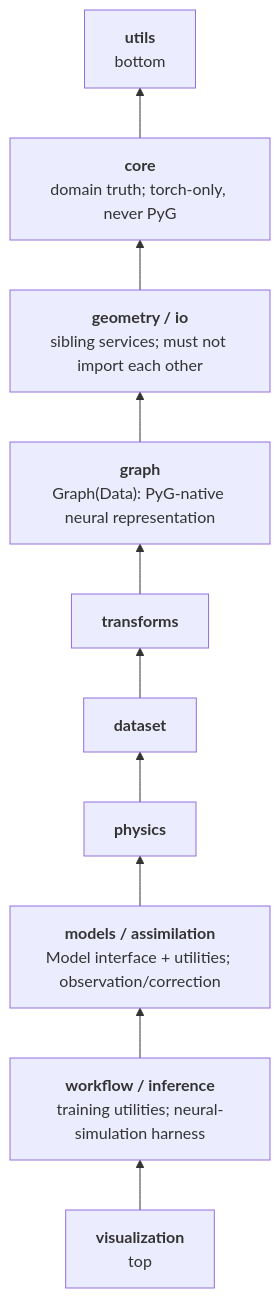
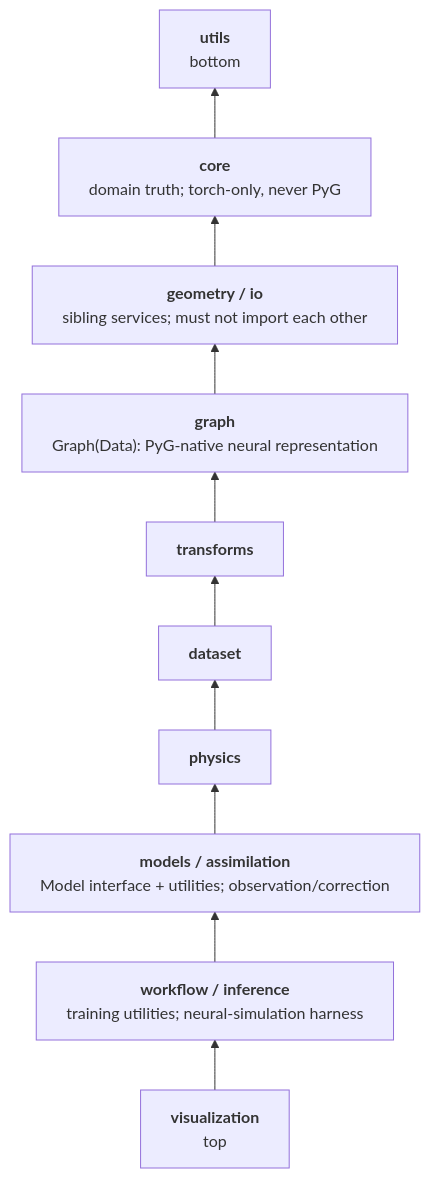
Before and after one commit to XYChouMian/caegraph: the third of 3 diagrams in architecture/ARCHITECTURE.md, drawn with Mermaid. The commit also changed other lines of this file and 3 other files, not shown here.

Commit message:
docs(mermaid): prevent wrapping in long flows

````diff
--- a/architecture/ARCHITECTURE.md
+++ b/architecture/ARCHITECTURE.md
@@ -146,15 +154,19 @@
 ```mermaid
 flowchart BT
+    classDef nowrap white-space:nowrap
+
     A["<b>utils</b><br>bottom"]
     B["<b>core</b><br>domain truth; torch-only, never PyG"]
     C["<b>geometry / io</b><br>sibling services; must not import each other"]
     D["<b>graph</b><br>Graph(Data): PyG-native neural representation"]
     E["<b>transforms</b>"]
     F["<b>dataset</b>"]
     G["<b>physics</b>"]
     H["<b>models / assimilation</b><br>Model interface + utilities; observation/correction"]
     I["<b>workflow / inference</b><br>training utilities; neural-simulation harness"]
     J["<b>visualization</b><br>top"]
 
     J --> I --> H --> G --> F --> E --> D --> C --> B --> A
+
+    class A,B,C,D,E,F,G,H,I,J nowrap
 ```
````
